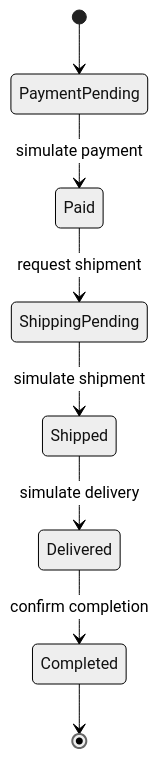
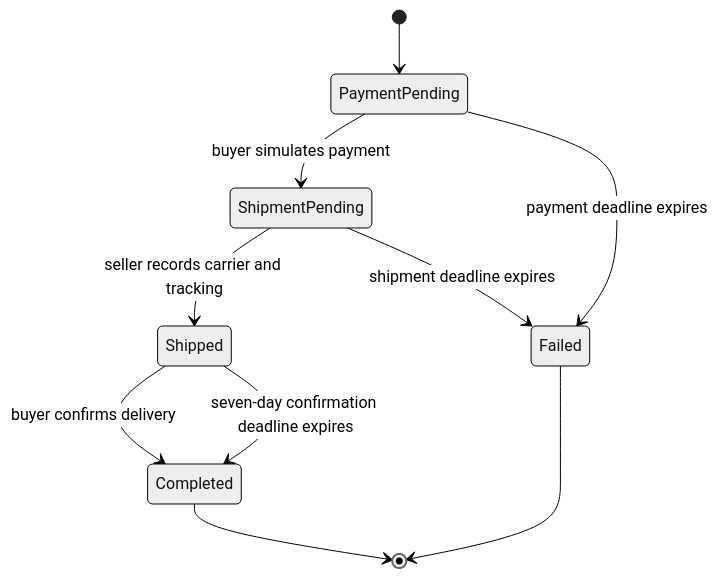
One commit to klisman99/collectors-auction-platform changed the sixth of 6 diagrams in docs/domain/state-machines.md. Above: the diagram before and after it, drawn with Mermaid (neutral theme). The commit also changed other lines of this file and 17 other files, not shown here.

```diff
--- a/docs/domain/state-machines.md
+++ b/docs/domain/state-machines.md
@@ -45,10 +86,12 @@
 ~~~mermaid
 stateDiagram-v2
     [*] --> PaymentPending
-    PaymentPending --> Paid: simulate payment
-    Paid --> ShippingPending: request shipment
-    ShippingPending --> Shipped: simulate shipment
-    Shipped --> Delivered: simulate delivery
-    Delivered --> Completed: confirm completion
+    PaymentPending --> ShipmentPending: buyer simulates payment
+    PaymentPending --> Failed: payment deadline expires
+    ShipmentPending --> Shipped: seller records carrier and tracking
+    ShipmentPending --> Failed: shipment deadline expires
+    Shipped --> Completed: buyer confirms delivery
+    Shipped --> Completed: seven-day confirmation deadline expires
     Completed --> [*]
+    Failed --> [*]
 ~~~
```
